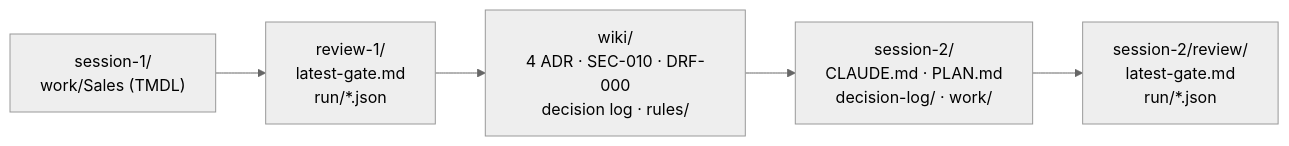
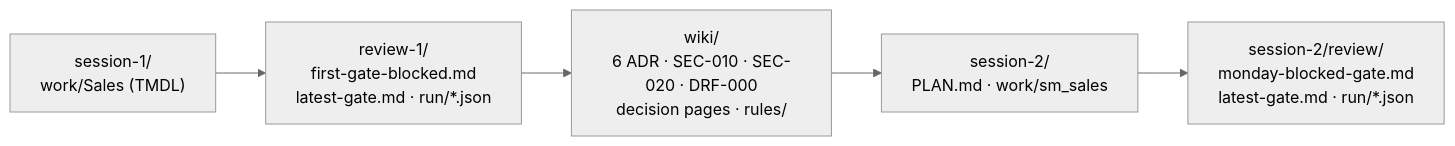
One commit to TheTrustedAdvisor/ticino-2026-boss-your-agents changed the diagram in example-run/README.md. Above: the diagram before and after it, drawn with Mermaid (neutral theme). The commit also changed other lines of this file and 81 other files, not shown here.

````diff
--- a/example-run/README.md
+++ b/example-run/README.md
@@ -21,7 +22,7 @@
 ```mermaid
 flowchart LR
-    S1["session-1/<br/>work/Sales (TMDL)"] --> R1["review-1/<br/>latest-gate.md<br/>run/*.json"]
-    R1 --> W["wiki/<br/>4 ADR · SEC-010 · DRF-000<br/>decision log · rules/"]
-    W --> S2["session-2/<br/>CLAUDE.md · PLAN.md<br/>decision-log/ · work/"]
-    S2 --> R2["session-2/review/<br/>latest-gate.md<br/>run/*.json"]
+    S1["session-1/<br/>work/Sales (TMDL)"] --> R1["review-1/<br/>first-gate-blocked.md<br/>latest-gate.md · run/*.json"]
+    R1 --> W["wiki/<br/>6 ADR · SEC-010 · SEC-020 · DRF-000<br/>decision pages · rules/"]
+    W --> S2["session-2/<br/>PLAN.md · work/sm_sales"]
+    S2 --> R2["session-2/review/<br/>monday-blocked-gate.md<br/>latest-gate.md · run/*.json"]
 ```
````
